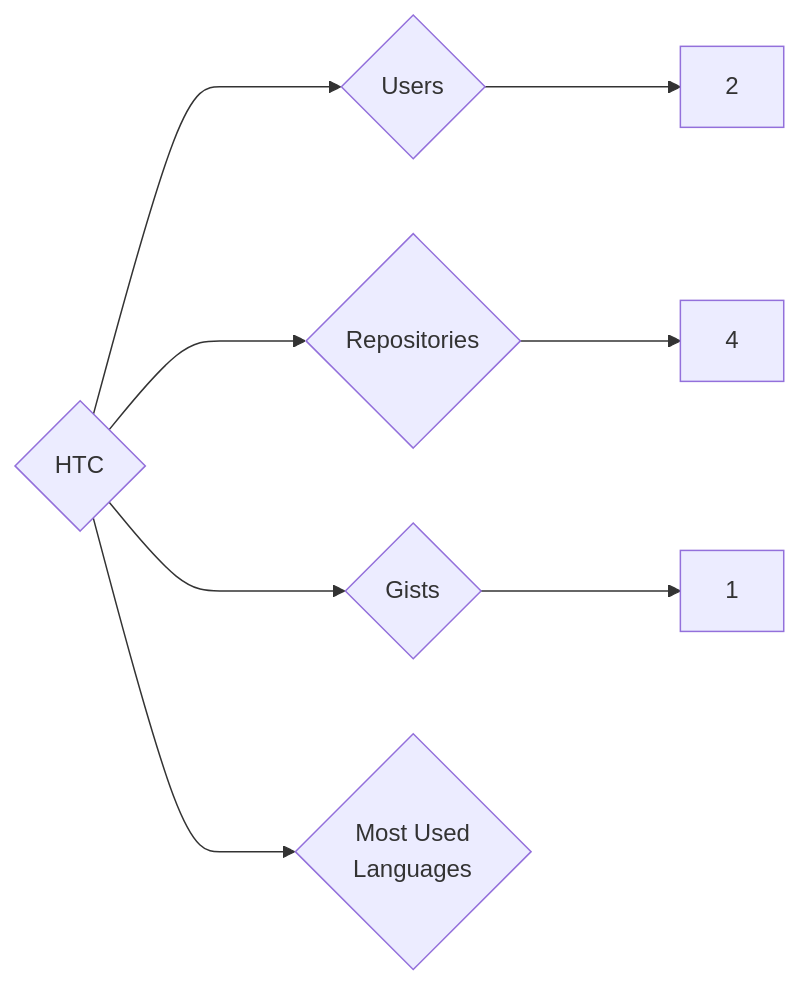
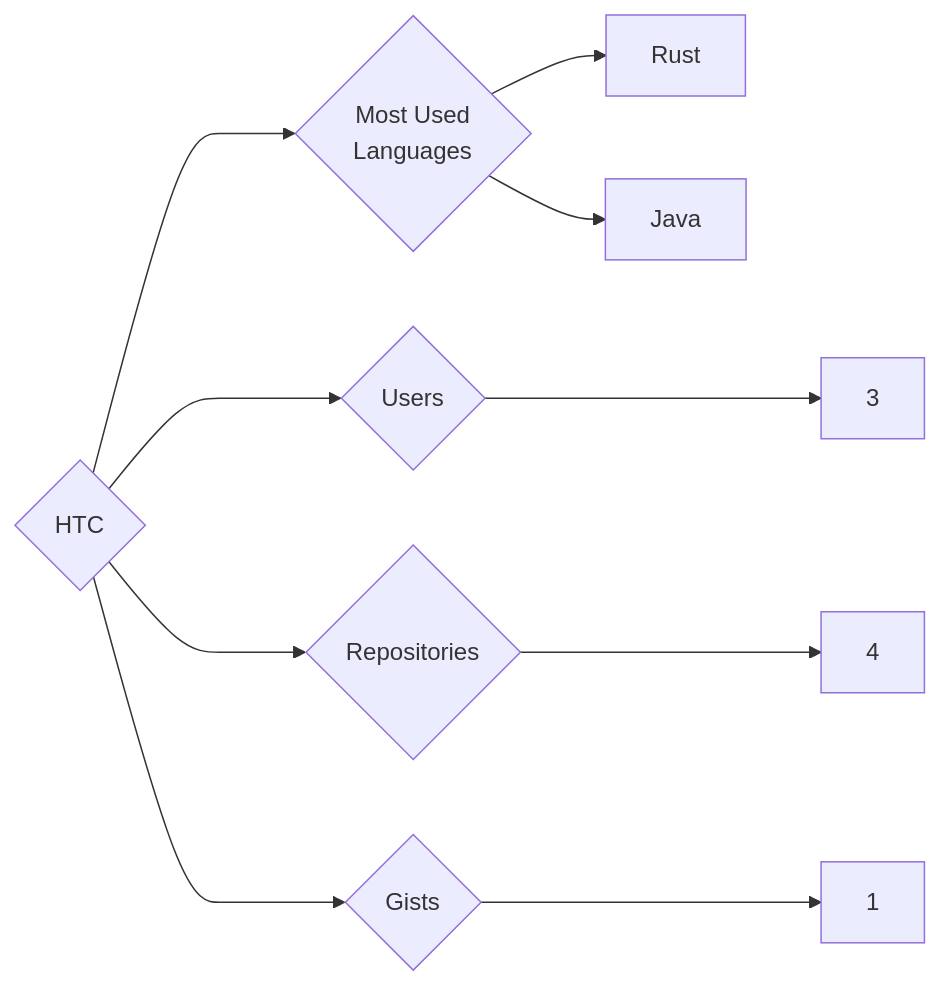
The diagram in targets/HTC/README.md (trickest/insiders), drawn with Mermaid before and after one commit. The commit also changed 640 other files, not shown here.

````diff
--- a/targets/HTC/README.md
+++ b/targets/HTC/README.md
@@ -3,8 +3,10 @@
 ```mermaid
 graph LR
 COMPANY_NAME{HTC}
-COMPANY_NAME ---> U{Users} ---> UN[2]
+COMPANY_NAME ---> U{Users} ---> UN[3]
 COMPANY_NAME ---> R{Repositories} ---> RN[4]
 COMPANY_NAME ---> G{Gists} ---> GN[1]
 COMPANY_NAME ---> ML{Most Used<br>Languages}
+ML --> Rust[Rust]
+ML --> Java[Java]
 ```
````
